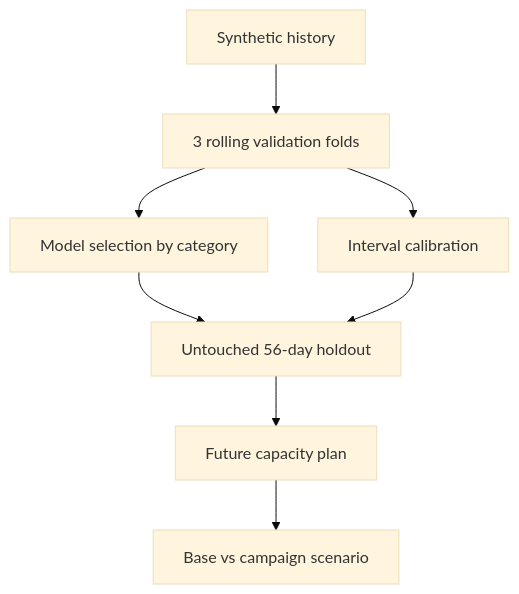
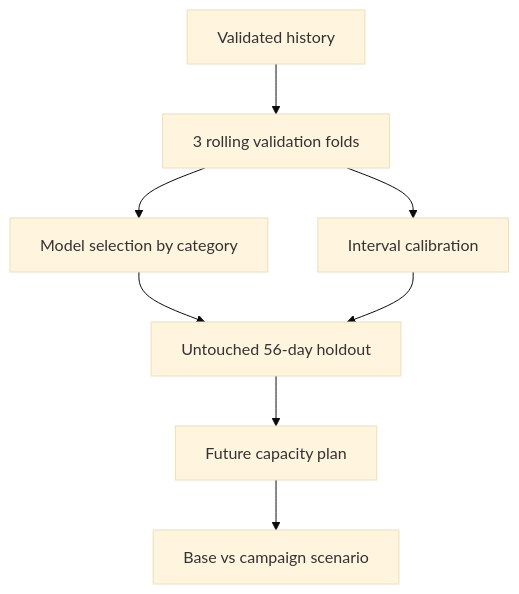
The diagram in README.md (parisaMSTFV/ecommerce-demand-forecasting), drawn with Mermaid (base theme) before and after one commit. The commit also changed other lines of this file and 32 other files, not shown here.

````diff
--- a/README.md
+++ b/README.md
@@ -73,10 +99,10 @@
 ```mermaid
 flowchart TD
-    A["Synthetic history"] --> B["3 rolling validation folds"]
+    A["Validated history"] --> B["3 rolling validation folds"]
     B --> C["Model selection by category"]
     B --> D["Interval calibration"]
     C --> E["Untouched 56-day holdout"]
     D --> E
     E --> F["Future capacity plan"]
     F --> G["Base vs campaign scenario"]
 ```
````
